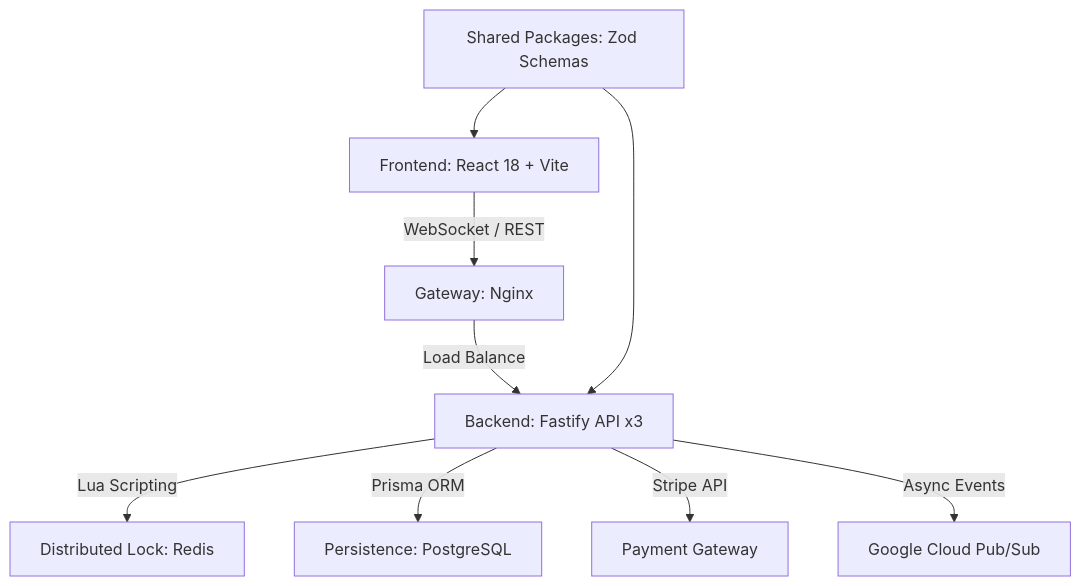
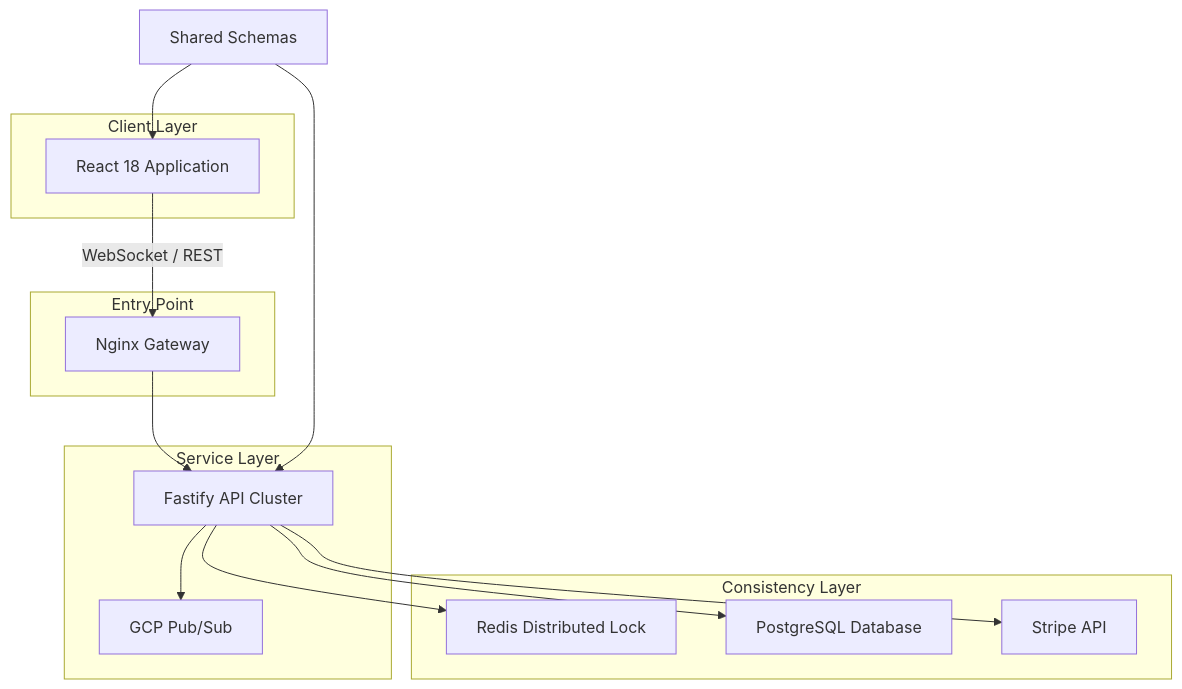
Before and after one commit to genesisgzdev/Project-MegaTicketing: the diagram in README.md, drawn with Mermaid. The commit also changed other lines of this file and 1 other file, not shown here.

````diff
--- a/README.md
+++ b/README.md
@@ -9,11 +9,27 @@
 ```mermaid
 graph TD
-    A[Frontend: React 18 + Vite] -->|WebSocket / REST| G[Gateway: Nginx]
-    G -->|Load Balance| B[Backend: Fastify API x3]
-    B -->|Lua Scripting| C[Distributed Lock: Redis]
-    B -->|Prisma ORM| D[Persistence: PostgreSQL]
-    B -->|Stripe API| E[Payment Gateway]
-    B -->|Async Events| H[Google Cloud Pub/Sub]
-    F[Shared Packages: Zod Schemas] --> A
+    subgraph Frontend [Client Layer]
+        A[React 18 Application]
+    end
+    subgraph Gateway [Entry Point]
+        G[Nginx Gateway]
+    end
+    subgraph Backend [Service Layer]
+        B[Fastify API Cluster]
+        H[GCP Pub/Sub]
+    end
+    subgraph Data [Consistency Layer]
+        C[Redis Distributed Lock]
+        D[PostgreSQL Database]
+        E[Stripe API]
+    end
+
+    A -->|WebSocket / REST| G
+    G --> B
+    B --> C
+    B --> D
+    B --> E
+    B --> H
+    F[Shared Schemas] --> A
     F --> B
 ```
````
